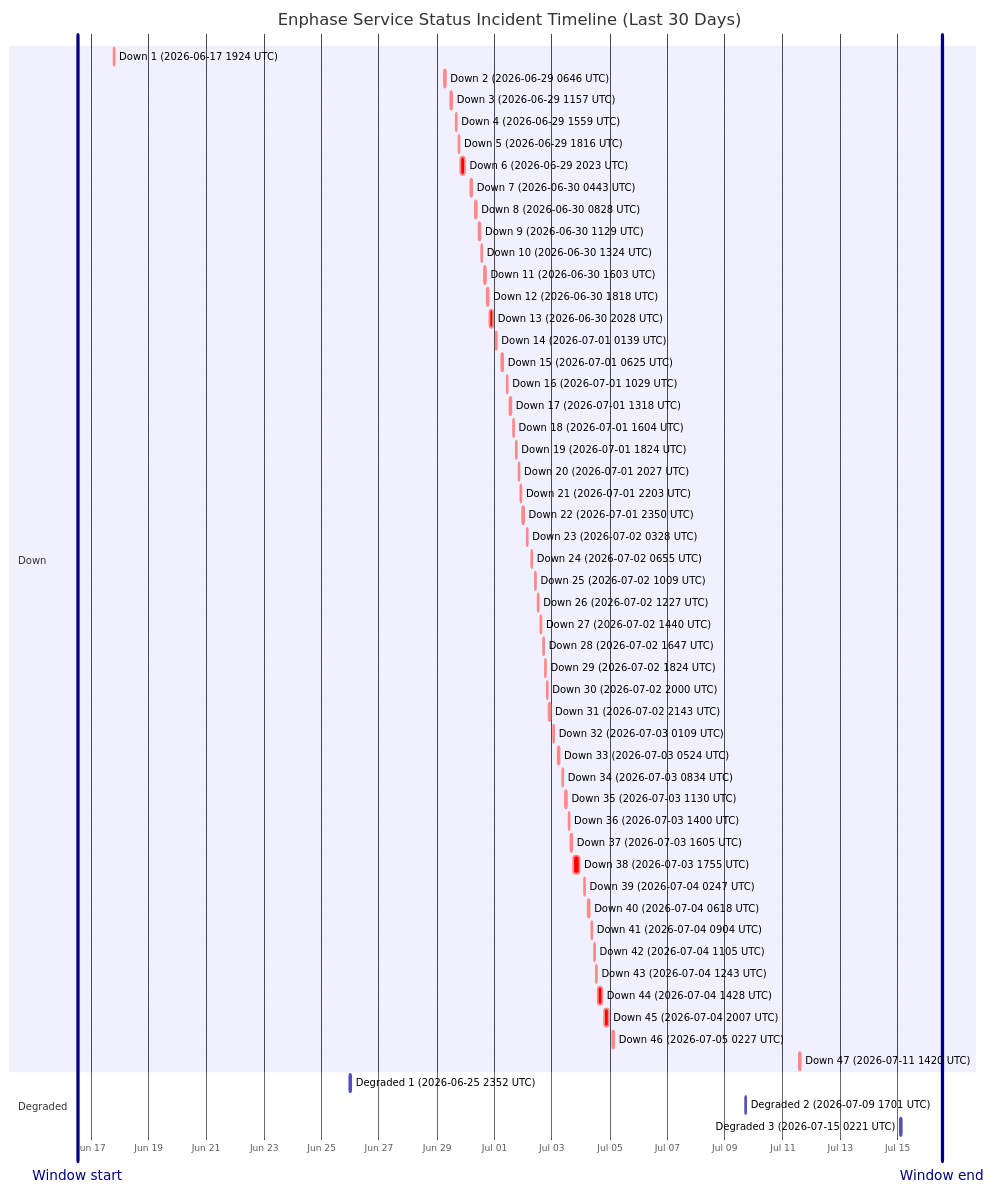
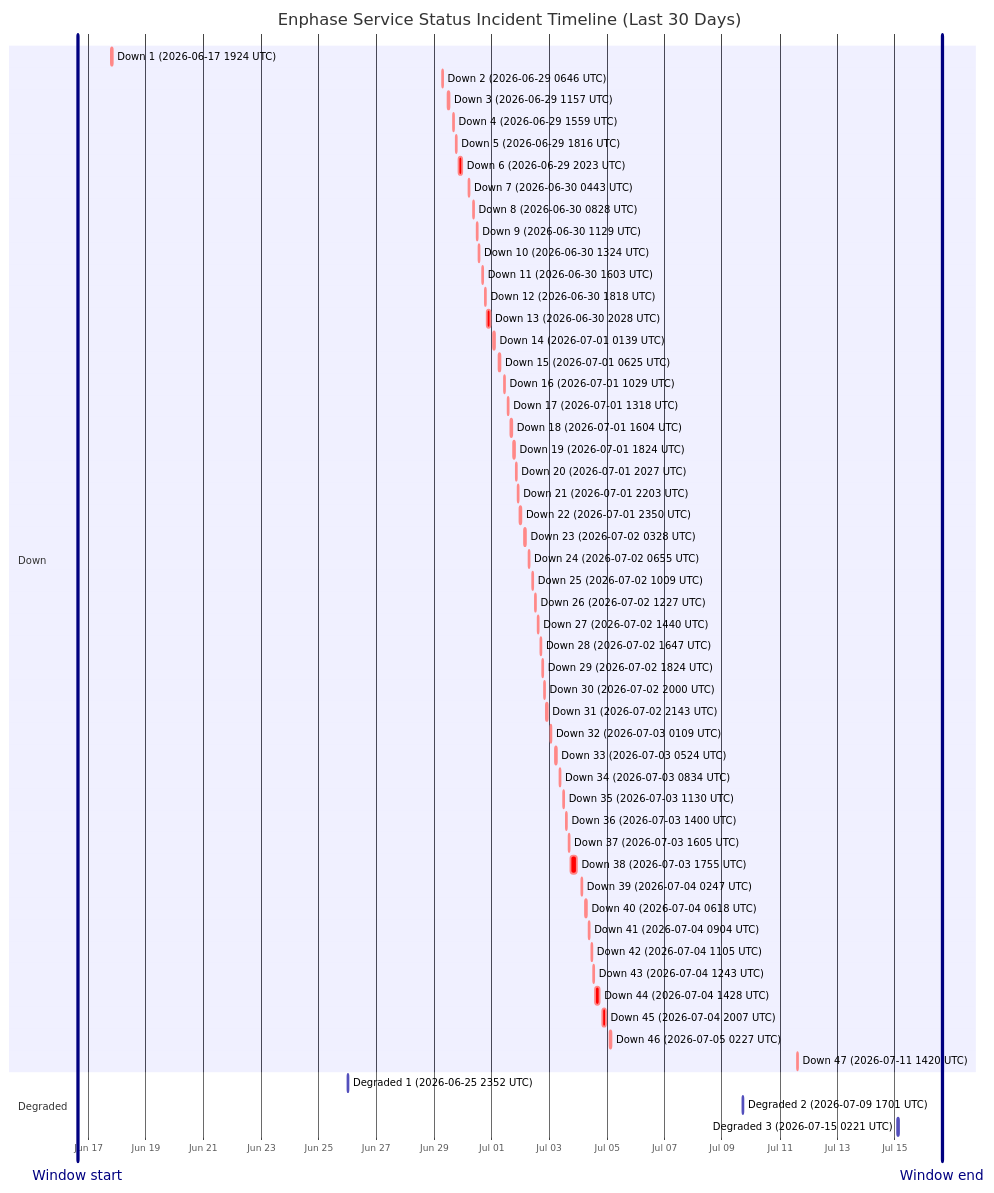
One commit to barneyonline/ha-enphase-energy changed the diagram in wiki/Service-Status-History.md. Above: the diagram before and after it, drawn with Mermaid. The commit also changed other lines of this file and 3 other files, not shown here.

````diff
--- a/wiki/Service-Status-History.md
+++ b/wiki/Service-Status-History.md
@@ -14,60 +14,60 @@
 ```mermaid
 gantt
     title Enphase Service Status Incident Timeline (Last 30 Days)
     dateFormat  YYYY-MM-DDTHH:mm:ss
     axisFormat  %b %d
-    Window start :vert, window-start, 2026-06-16T12:58:47, 0ms
-    Window end :vert, window-end, 2026-07-16T12:58:47, 0ms
+    Window start :vert, window-start, 2026-06-16T15:08:42, 0ms
+    Window end :vert, window-end, 2026-07-16T15:08:42, 0ms
     section Down
     Down 1 (2026-06-17 1924 UTC) :crit, down-1, 2026-06-17T19:24:51, 60m
     Down 2 (2026-06-29 0646 UTC) :crit, down-2, 2026-06-29T06:46:18, 60m
     Down 3 (2026-06-29 1157 UTC) :crit, down-3, 2026-06-29T11:57:36, 60m
     Down 4 (2026-06-29 1559 UTC) :crit, down-4, 2026-06-29T15:59:02, 60m
     Down 5 (2026-06-29 1816 UTC) :crit, down-5, 2026-06-29T18:16:38, 60m
     Down 6 (2026-06-29 2023 UTC) :crit, down-6, 2026-06-29T20:23:16, 220m
     Down 7 (2026-06-30 0443 UTC) :crit, down-7, 2026-06-30T04:43:54, 60m
     Down 8 (2026-06-30 0828 UTC) :crit, down-8, 2026-06-30T08:28:43, 60m
     Down 9 (2026-06-30 1129 UTC) :crit, down-9, 2026-06-30T11:29:15, 60m
     Down 10 (2026-06-30 1324 UTC) :crit, down-10, 2026-06-30T13:24:25, 60m
     Down 11 (2026-06-30 1603 UTC) :crit, down-11, 2026-06-30T16:03:26, 60m
     Down 12 (2026-06-30 1818 UTC) :crit, down-12, 2026-06-30T18:18:39, 60m
     Down 13 (2026-06-30 2028 UTC) :crit, down-13, 2026-06-30T20:28:54, 171m
     Down 14 (2026-07-01 0139 UTC) :crit, down-14, 2026-07-01T01:39:18, 60m
     Down 15 (2026-07-01 0625 UTC) :crit, down-15, 2026-07-01T06:25:35, 60m
     Down 16 (2026-07-01 1029 UTC) :crit, down-16, 2026-07-01T10:29:24, 60m
     Down 17 (2026-07-01 1318 UTC) :crit, down-17, 2026-07-01T13:18:31, 60m
     Down 18 (2026-07-01 1604 UTC) :crit, down-18, 2026-07-01T16:04:29, 60m
     Down 19 (2026-07-01 1824 UTC) :crit, down-19, 2026-07-01T18:24:21, 60m
     Down 20 (2026-07-01 2027 UTC) :crit, down-20, 2026-07-01T20:27:17, 60m
     Down 21 (2026-07-01 2203 UTC) :crit, down-21, 2026-07-01T22:03:46, 60m
     Down 22 (2026-07-01 2350 UTC) :crit, down-22, 2026-07-01T23:50:52, 60m
     Down 23 (2026-07-02 0328 UTC) :crit, down-23, 2026-07-02T03:28:33, 60m
     Down 24 (2026-07-02 0655 UTC) :crit, down-24, 2026-07-02T06:55:07, 60m
     Down 25 (2026-07-02 1009 UTC) :crit, down-25, 2026-07-02T10:09:15, 60m
     Down 26 (2026-07-02 1227 UTC) :crit, down-26, 2026-07-02T12:27:49, 60m
     Down 27 (2026-07-02 1440 UTC) :crit, down-27, 2026-07-02T14:40:53, 60m
     Down 28 (2026-07-02 1647 UTC) :crit, down-28, 2026-07-02T16:47:47, 60m
     Down 29 (2026-07-02 1824 UTC) :crit, down-29, 2026-07-02T18:24:26, 60m
     Down 30 (2026-07-02 2000 UTC) :crit, down-30, 2026-07-02T20:00:57, 60m
     Down 31 (2026-07-02 2143 UTC) :crit, down-31, 2026-07-02T21:43:52, 80m
     Down 32 (2026-07-03 0109 UTC) :crit, down-32, 2026-07-03T01:09:19, 60m
     Down 33 (2026-07-03 0524 UTC) :crit, down-33, 2026-07-03T05:24:23, 60m
     Down 34 (2026-07-03 0834 UTC) :crit, down-34, 2026-07-03T08:34:05, 60m
     Down 35 (2026-07-03 1130 UTC) :crit, down-35, 2026-07-03T11:30:41, 60m
     Down 36 (2026-07-03 1400 UTC) :crit, down-36, 2026-07-03T14:00:48, 60m
     Down 37 (2026-07-03 1605 UTC) :crit, down-37, 2026-07-03T16:05:49, 60m
     Down 38 (2026-07-03 1755 UTC) :crit, down-38, 2026-07-03T17:55:54, 338m
     Down 39 (2026-07-04 0247 UTC) :crit, down-39, 2026-07-04T02:47:22, 60m
     Down 40 (2026-07-04 0618 UTC) :crit, down-40, 2026-07-04T06:18:09, 60m
     Down 41 (2026-07-04 0904 UTC) :crit, down-41, 2026-07-04T09:04:41, 60m
     Down 42 (2026-07-04 1105 UTC) :crit, down-42, 2026-07-04T11:05:21, 60m
     Down 43 (2026-07-04 1243 UTC) :crit, down-43, 2026-07-04T12:43:25, 60m
     Down 44 (2026-07-04 1428 UTC) :crit, down-44, 2026-07-04T14:28:07, 243m
     Down 45 (2026-07-04 2007 UTC) :crit, down-45, 2026-07-04T20:07:50, 206m
     Down 46 (2026-07-05 0227 UTC) :crit, down-46, 2026-07-05T02:27:32, 109m
     Down 47 (2026-07-11 1420 UTC) :crit, down-47, 2026-07-11T14:20:54, 69m
     section Degraded
     Degraded 1 (2026-06-25 2352 UTC) :active, degraded-1, 2026-06-25T23:52:01, 60m
     Degraded 2 (2026-07-09 1701 UTC) :active, degraded-2, 2026-07-09T17:01:02, 60m
     Degraded 3 (2026-07-15 0221 UTC) :active, degraded-3, 2026-07-15T02:21:35, 60m
 ```
````
